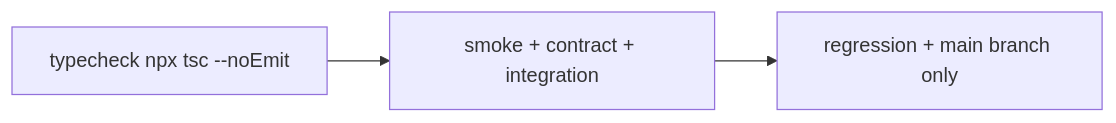
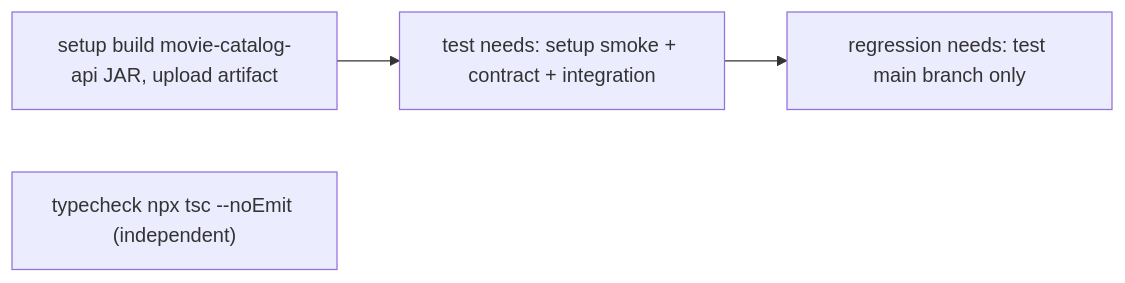
The second of 9 diagrams in architecture/ci-pipeline.md (EnesAkyel/test-strategy), drawn with Mermaid before and after one commit. The commit also changed other lines of this file and 9 other files, not shown here.

First line of the commit message:
Sync docs with playwright-ts's move to movie-catalog-ui and other accuracy fixes

````diff
--- a/architecture/ci-pipeline.md
+++ b/architecture/ci-pipeline.md
@@ -79,8 +84,9 @@
 ```mermaid
 flowchart LR
-    TC["typecheck npx tsc --noEmit"]
-    SM["smoke + contract + integration"]
-    RG["regression + main branch only"]
+    S["setup build movie-catalog-api JAR, upload artifact"]
+    TC["typecheck npx tsc --noEmit (independent)"]
+    T["test needs: setup smoke + contract + integration"]
+    RG["regression needs: test main branch only"]
 
-    TC --> SM --> RG
+    S --> T --> RG
 ```
````
